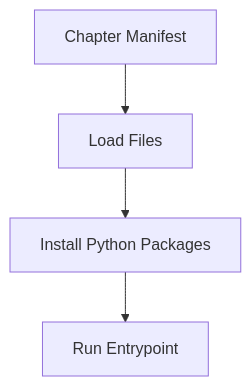
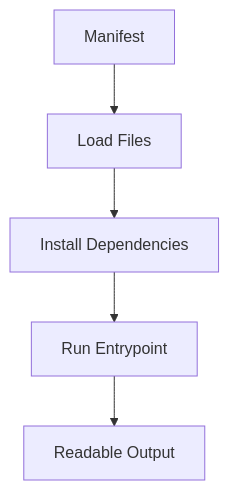
Before and after one commit to arvind3/RobotFrameworkBookWithIDE: the diagram in docs/02-installation-concepts.mdx, drawn with Mermaid. The commit also changed other lines of this file and 18 other files, not shown here.

````diff
--- a/docs/02-installation-concepts.mdx
+++ b/docs/02-installation-concepts.mdx
@@ -13,6 +28,7 @@
 ```mermaid
 flowchart TD
-  A[Chapter Manifest] --> B[Load Files]
-  B --> C[Install Python Packages]
+  A[Manifest] --> B[Load Files]
+  B --> C[Install Dependencies]
   C --> D[Run Entrypoint]
+  D --> E[Readable Output]
 ```
````
